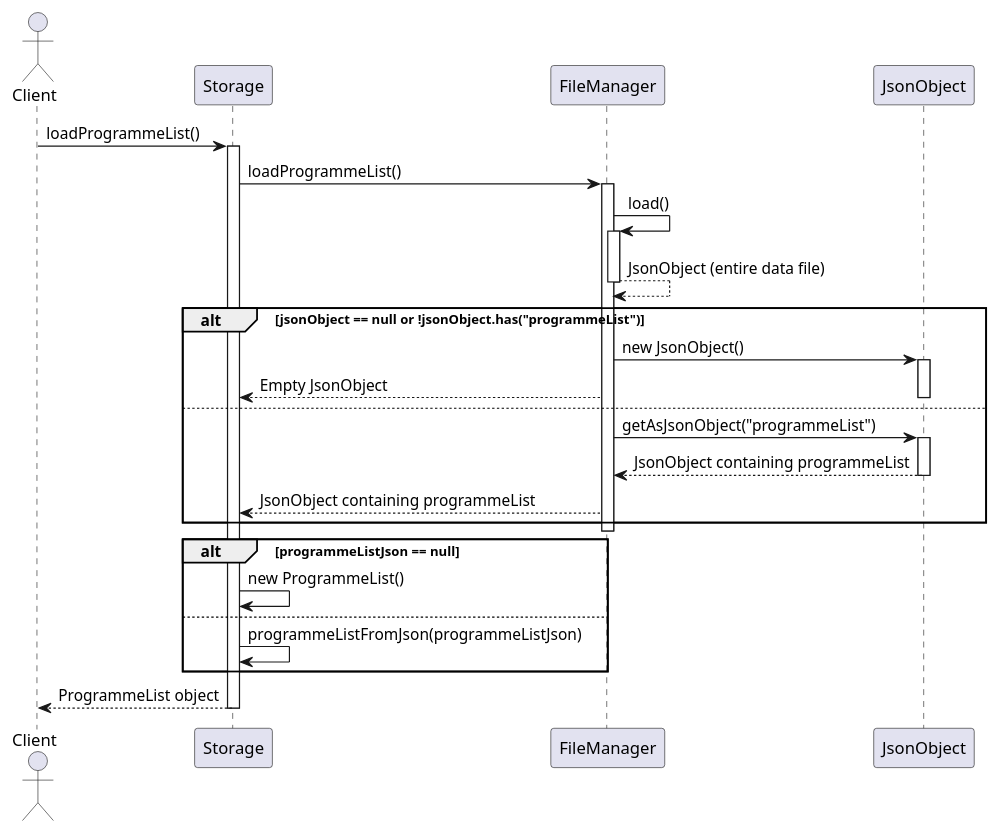
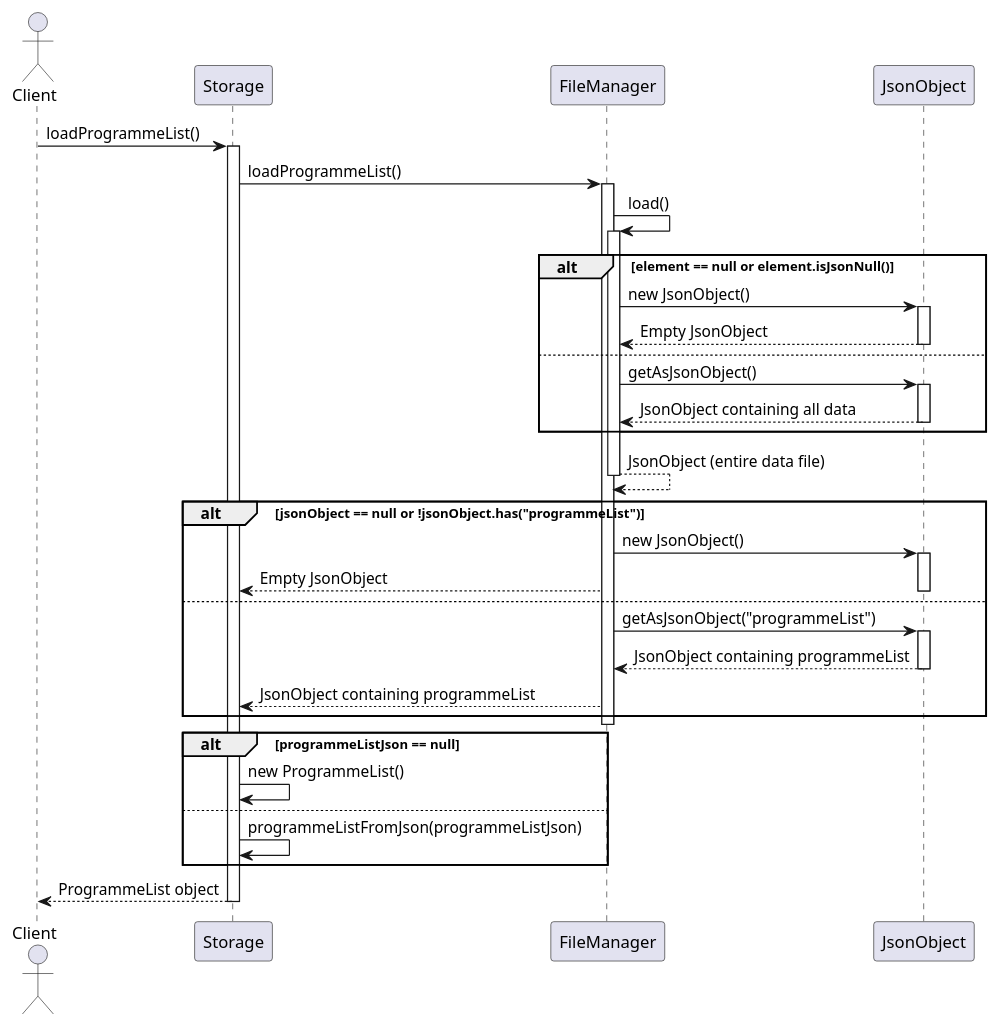
Before and after one commit to nus-cs2113-AY2425S1/tp: the diagram in docs/diagrams/loadProgrammeListSeqenceDiagram.puml, drawn with PlantUML. The commit also changed 1 other file, not shown here.

```diff
--- a/docs/diagrams/loadProgrammeListSeqenceDiagram.puml
+++ b/docs/diagrams/loadProgrammeListSeqenceDiagram.puml
@@ -1,39 +1,51 @@
 @startuml
 
 actor Client
 
 Client -> Storage : loadProgrammeList()
 activate Storage
 
 Storage -> FileManager : loadProgrammeList()
 activate FileManager
 
 FileManager -> FileManager : load()
 activate FileManager
+alt element == null or element.isJsonNull()
+    FileManager -> JsonObject : new JsonObject()
+    activate JsonObject
+    JsonObject --> FileManager : Empty JsonObject
+    deactivate JsonObject
+else
+    FileManager -> JsonObject : getAsJsonObject()
+    activate JsonObject
+    JsonObject --> FileManager : JsonObject containing all data
+    deactivate JsonObject
+end
+
 FileManager --> FileManager : JsonObject (entire data file)
 deactivate FileManager
 
 alt jsonObject == null or !jsonObject.has("programmeList")
     FileManager -> JsonObject : new JsonObject()
     activate JsonObject
     FileManager --> Storage : Empty JsonObject
     deactivate JsonObject
 else
     FileManager -> JsonObject : getAsJsonObject("programmeList")
     activate JsonObject
     JsonObject --> FileManager : JsonObject containing programmeList
     deactivate JsonObject
     FileManager --> Storage : JsonObject containing programmeList
 end
 deactivate FileManager
 
 alt programmeListJson == null
     Storage -> Storage : new ProgrammeList()
 else
     Storage -> Storage : programmeListFromJson(programmeListJson)
 end
 
 Storage --> Client : ProgrammeList object
 deactivate Storage
 
 @enduml
```
